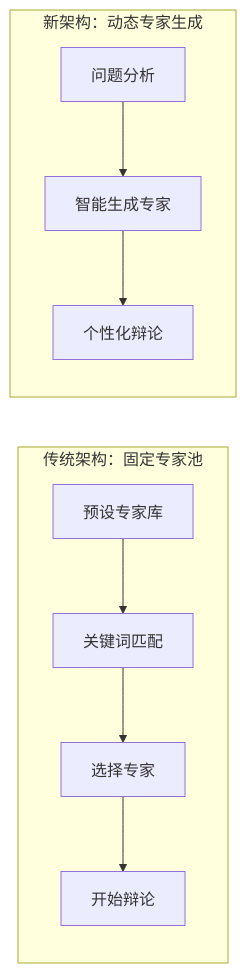
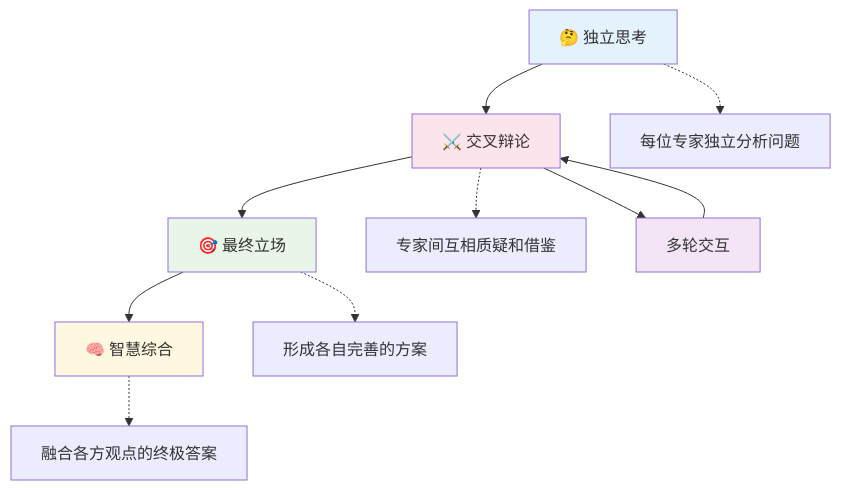
One commit to MitsudoAI/guru-pk-mcp changed the second of 2 diagrams in README.md. Above: the diagram before and after it, drawn with Mermaid. The commit also changed other lines of this file, not shown here.

````diff
--- a/README.md
+++ b/README.md
@@ -192,13 +168,25 @@
 ```mermaid
-graph LR
-    subgraph "传统架构：固定专家池"
-        A1[预设专家库] --> B1[关键词匹配]
-        B1 --> C1[选择专家] 
-        C1 --> D1[开始辩论]
-    end
+flowchart TD
+    A[🤔 独立思考] --> B[⚔️ 交叉辩论]
+    B --> C[🎯 最终立场]
+    C --> D[🧠 智慧综合]
     
-    subgraph "新架构：动态专家生成"
-        A2[问题分析] --> B2[智能生成专家]
-        B2 --> C2[个性化辩论]
-    end
+    A1[每位专家独立分析问题]
+    B1[专家间互相质疑和借鉴]
+    C1[形成各自完善的方案]
+    D1[融合各方观点的终极答案]
+    
+    A -.-> A1
+    B -.-> B1
+    C -.-> C1
+    D -.-> D1
+    
+    B --> B2[多轮交互]
+    B2 --> B
+    
+    style A fill:#e3f2fd
+    style B fill:#fce4ec
+    style C fill:#e8f5e8
+    style D fill:#fff8e1
+    style B2 fill:#f3e5f5
 ```
````
